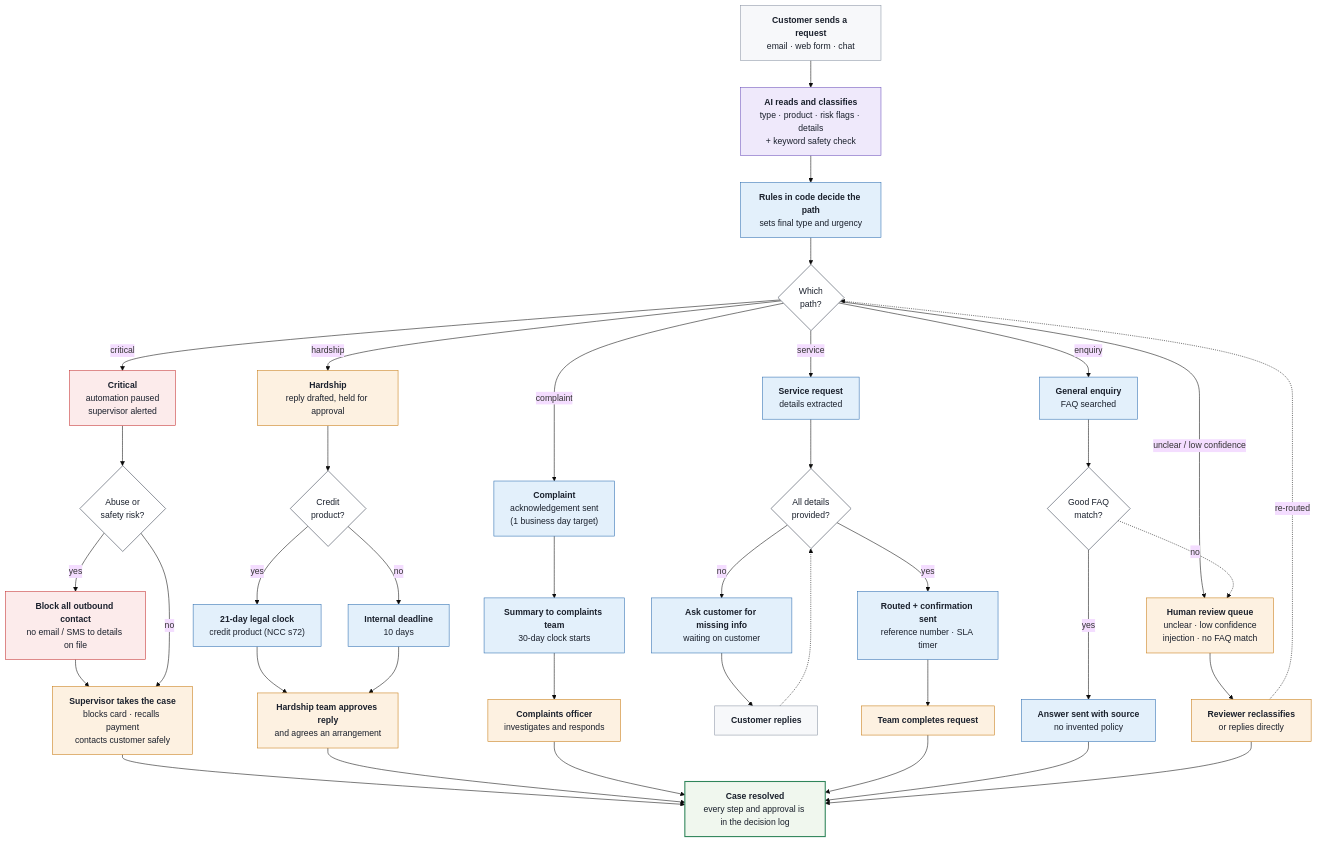
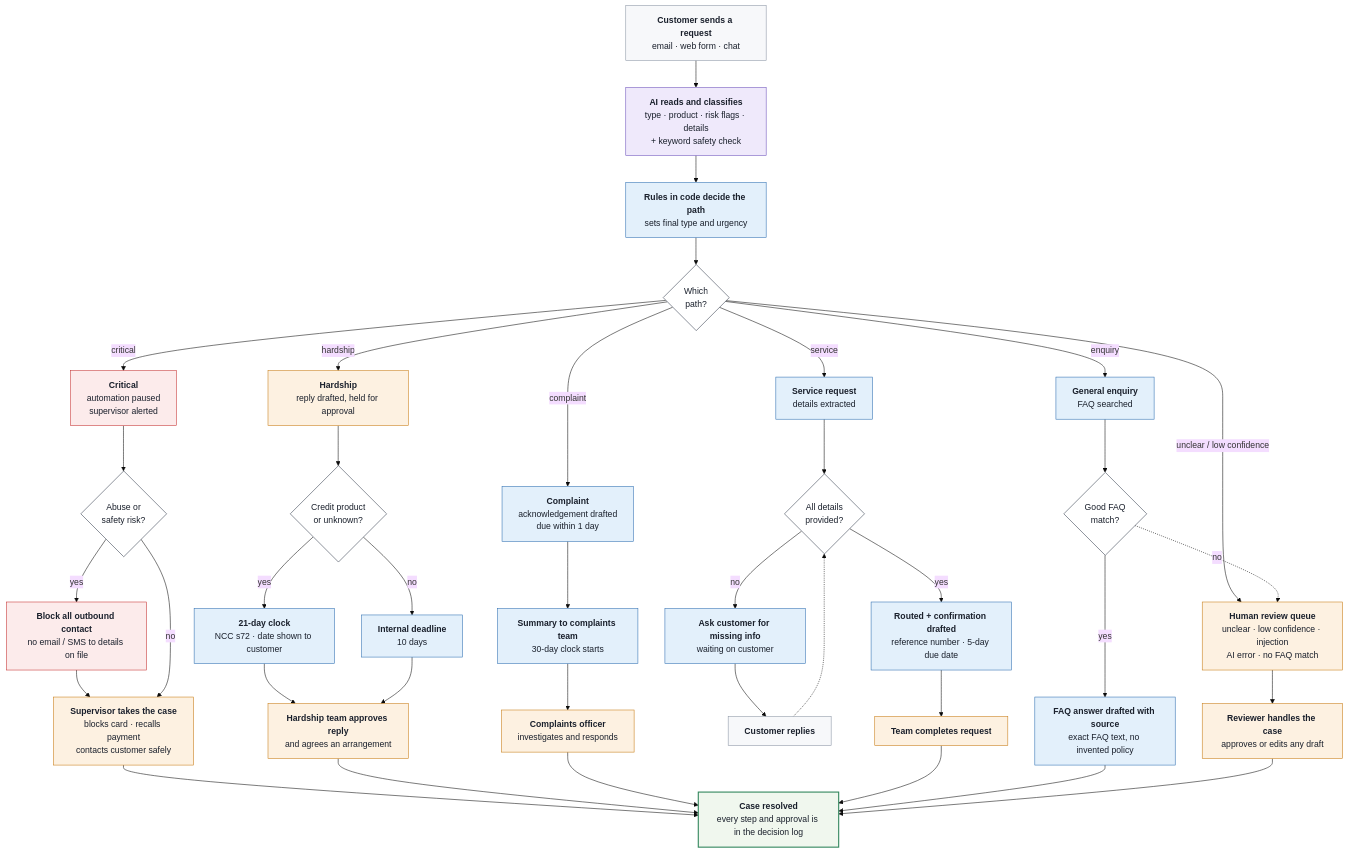
The second of 2 diagrams in README.md (DeathlyGodApples/wattle-request-workflow), drawn with Mermaid (base theme) before and after one commit. The commit also changed other lines of this file and 99 other files, not shown here.

```diff
--- a/README.md
+++ b/README.md
@@ -199,8 +205,8 @@
 
     %% Hardship
     H1["<b>Hardship</b><br/>reply drafted, held for approval"]
-    H2{"Credit<br/>product?"}
-    H3A["<b>21-day legal clock</b><br/>credit product (NCC s72)"]
+    H2{"Credit product<br/>or unknown?"}
+    H3A["<b>21-day clock</b><br/>NCC s72 · date shown to customer"]
     H3B["<b>Internal deadline</b><br/>10 days"]
     H4["<b>Hardship team approves reply</b><br/>and agrees an arrangement"]
     WHICH -->|hardship| H1 --> H2
@@ -208,7 +214,7 @@
     H2 -->|no| H3B --> H4
 
     %% Complaint
-    P1["<b>Complaint</b><br/>acknowledgement sent<br/>(1 business day target)"]
+    P1["<b>Complaint</b><br/>acknowledgement drafted<br/>due within 1 day"]
     P2["<b>Summary to complaints team</b><br/>30-day clock starts"]
     P3["<b>Complaints officer</b><br/>investigates and responds"]
     WHICH -->|complaint| P1 --> P2 --> P3
@@ -218,7 +224,7 @@
     S2{"All details<br/>provided?"}
     S3["<b>Ask customer for missing info</b><br/>waiting on customer"]
     S4["<b>Customer replies</b>"]
-    S5["<b>Routed + confirmation sent</b><br/>reference number · SLA timer"]
+    S5["<b>Routed + confirmation drafted</b><br/>reference number · 5-day due date"]
     S6["<b>Team completes request</b>"]
     WHICH -->|service| S1 --> S2
     S2 -->|no| S3 --> S4
@@ -228,17 +234,16 @@
     %% General enquiry
     E1["<b>General enquiry</b><br/>FAQ searched"]
     E2{"Good FAQ<br/>match?"}
-    E3["<b>Answer sent with source</b><br/>no invented policy"]
+    E3["<b>FAQ answer drafted with source</b><br/>exact FAQ text, no invented policy"]
     WHICH -->|enquiry| E1 --> E2
     E2 -->|yes| E3
 
     %% Human review
-    R1["<b>Human review queue</b><br/>unclear · low confidence<br/>injection · no FAQ match"]
-    R2["<b>Reviewer reclassifies</b><br/>or replies directly"]
+    R1["<b>Human review queue</b><br/>unclear · low confidence · injection<br/>AI error · no FAQ match"]
+    R2["<b>Reviewer handles the case</b><br/>approves or edits any draft"]
     WHICH -->|unclear / low confidence| R1
     E2 -.->|no| R1
     R1 --> R2
-    R2 -.->|re-routed| WHICH
 
     DONE["<b>Case resolved</b><br/>every step and approval is in the decision log"]
     C4 & H4 & P3 & S6 & E3 & R2 --> DONE
```
